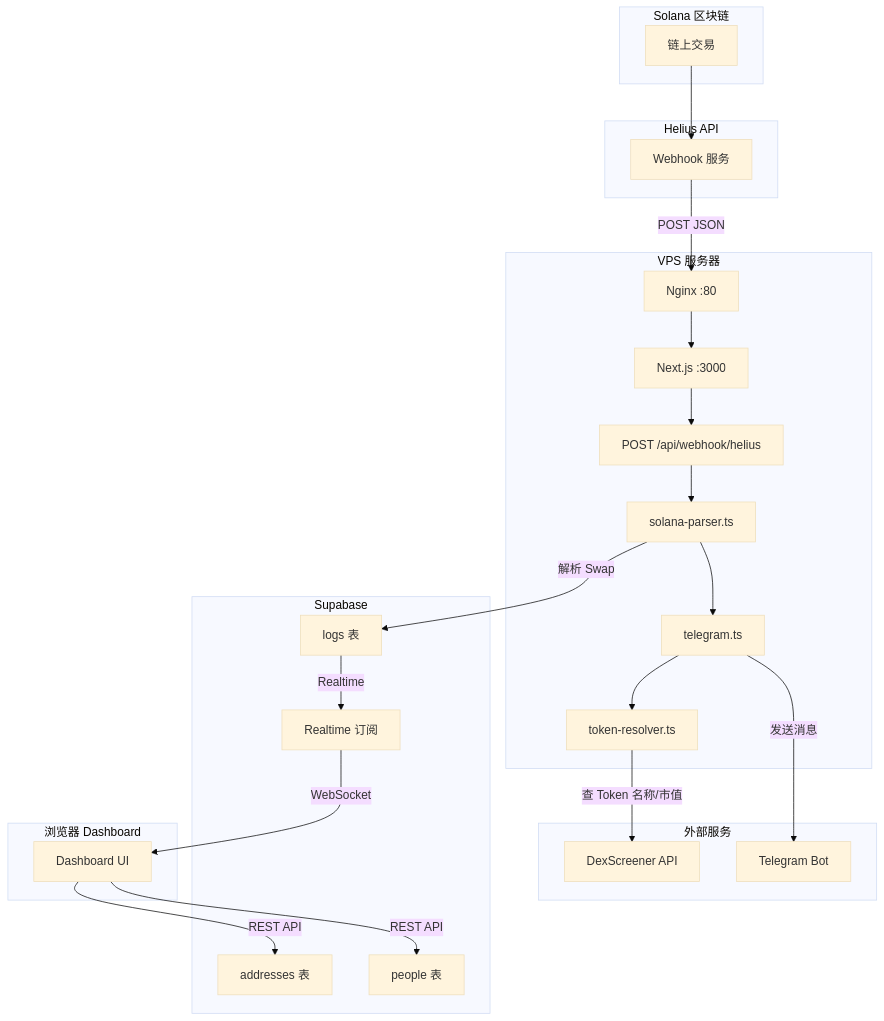
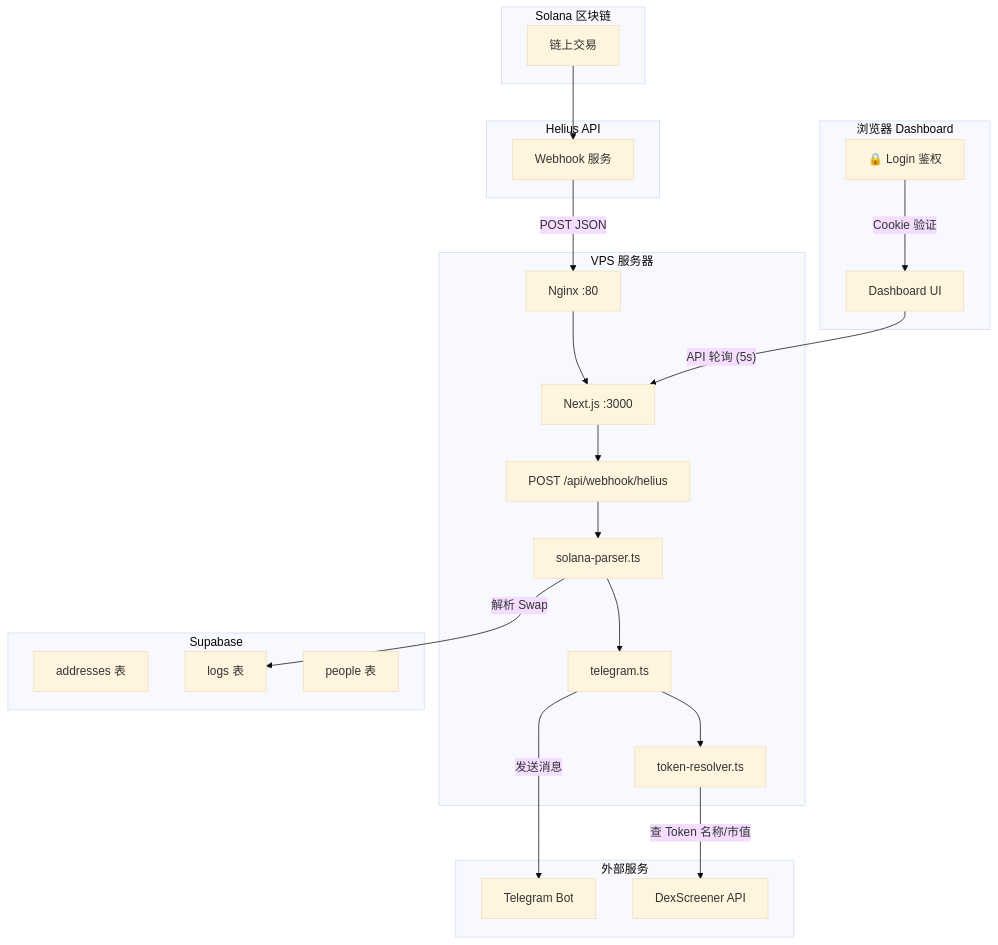
The first of 3 diagrams in docs/technical_doc.md (quant67/sol-tracker), drawn with Mermaid (base theme) before and after one commit. The commit also changed other lines of this file and 5 other files, not shown here.

````diff
--- a/docs/technical_doc.md
+++ b/docs/technical_doc.md
@@ -62,50 +69,48 @@
 ```mermaid
 graph TB
     subgraph Solana["Solana 区块链"]
         TX["链上交易"]
     end
 
     subgraph Helius["Helius API"]
         WH["Webhook 服务"]
     end
 
     subgraph VPS["VPS 服务器"]
         NGINX["Nginx :80"]
         NEXT["Next.js :3000"]
         API_WH["POST /api/webhook/helius"]
         PARSER["solana-parser.ts"]
         TG_LIB["telegram.ts"]
         RESOLVER["token-resolver.ts"]
     end
 
     subgraph Supabase["Supabase"]
         DB_ADDR["addresses 表"]
         DB_LOGS["logs 表"]
         DB_PPL["people 表"]
-        RT["Realtime 订阅"]
     end
 
     subgraph External["外部服务"]
         TG["Telegram Bot"]
         DEX["DexScreener API"]
     end
 
     subgraph Client["浏览器 Dashboard"]
+        AUTH["🔒 Login 鉴权"]
         DASH["Dashboard UI"]
     end
 
     TX --> WH
     WH -->|"POST JSON"| NGINX
     NGINX --> NEXT
     NEXT --> API_WH
     API_WH --> PARSER
     PARSER -->|"解析 Swap"| DB_LOGS
     PARSER --> TG_LIB
     TG_LIB --> RESOLVER
     RESOLVER -->|"查 Token 名称/市值"| DEX
     TG_LIB -->|"发送消息"| TG
-    DB_LOGS -->|"Realtime"| RT
-    RT -->|"WebSocket"| DASH
-    DASH -->|"REST API"| DB_ADDR
-    DASH -->|"REST API"| DB_PPL
+    AUTH -->|"Cookie 验证"| DASH
+    DASH -->|"API 轮询 (5s)"| NEXT
 ```
````
